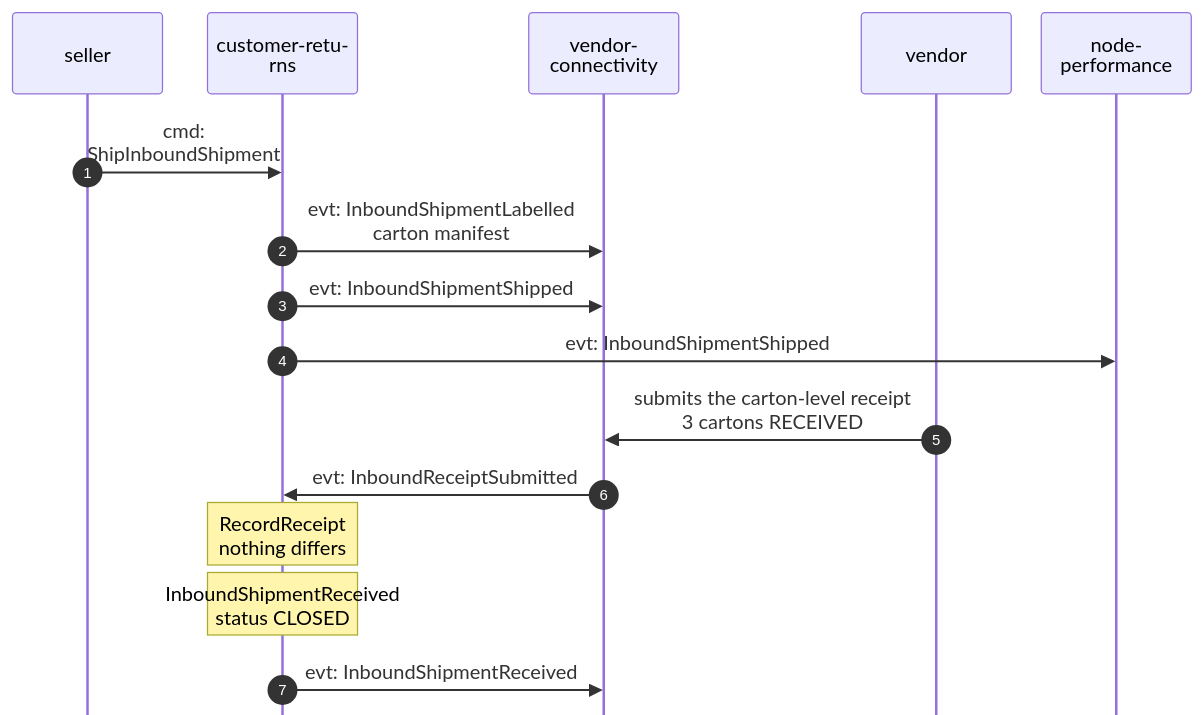
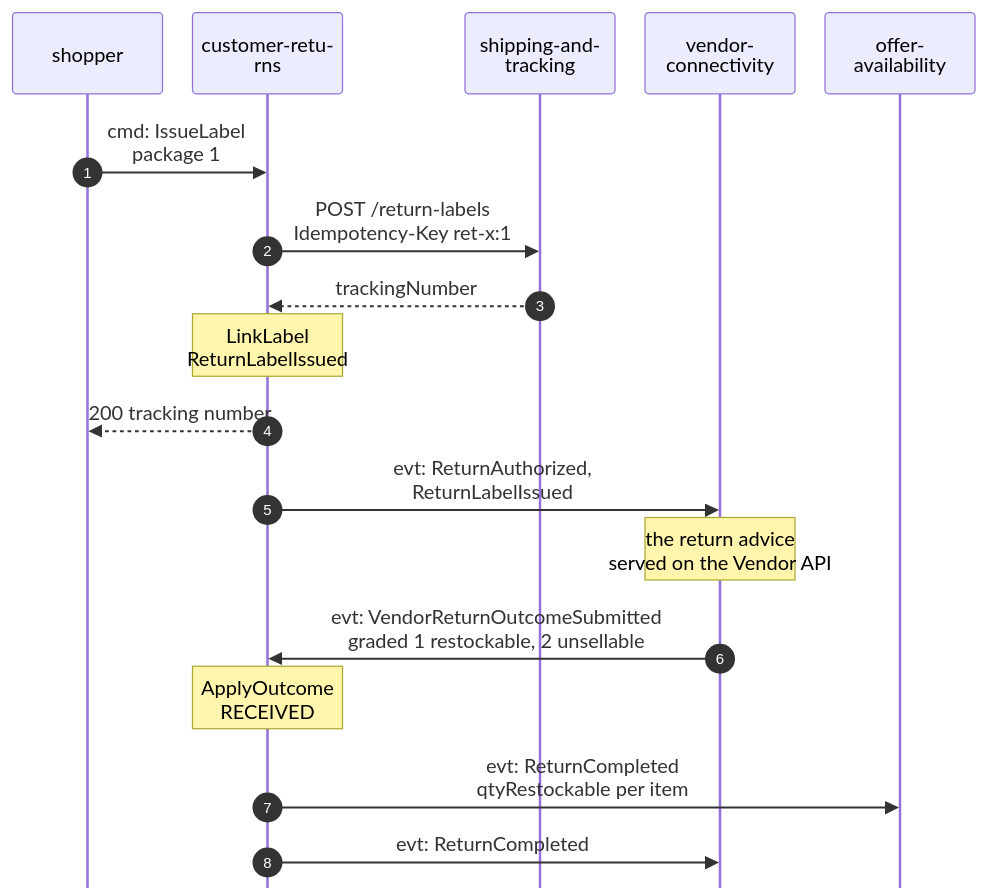
One commit to IQVO/customer-returns changed the second of 4 diagrams in docs/docs/ddd/domain-message-flow.md. Above: the diagram before and after it, drawn with Mermaid. The commit also changed other lines of this file and 13 other files, not shown here.

````diff
--- a/docs/docs/ddd/domain-message-flow.md
+++ b/docs/docs/ddd/domain-message-flow.md
@@ -44,19 +45,21 @@
 ```mermaid
 %%{init: {"sequence": {"wrap": true, "width": 120, "actorMargin": 24, "messageMargin": 28, "boxMargin": 6, "noteMargin": 6, "mirrorActors": false}}}%%
 sequenceDiagram
     autonumber
-    participant S as seller
-    participant SI as customer-returns
+    participant S as shopper
+    participant CR as customer-returns
+    participant ST as shipping-and-<br/>tracking
     participant VC as vendor-<br/>connectivity
-    participant V as vendor
-    participant NP as node-<br/>performance
-    S->>SI: cmd: ShipInboundShipment
-    SI->>VC: evt: InboundShipmentLabelled<br/>carton manifest
-    SI->>VC: evt: InboundShipmentShipped
-    SI->>NP: evt: InboundShipmentShipped
-    V->>VC: submits the carton-level receipt<br/>3 cartons RECEIVED
-    VC->>SI: evt: InboundReceiptSubmitted
-    Note over SI: RecordReceipt<br/>nothing differs
-    Note over SI: InboundShipmentReceived<br/>status CLOSED
-    SI->>VC: evt: InboundShipmentReceived
+    participant OA as offer-<br/>availability
+    S->>CR: cmd: IssueLabel package 1
+    CR->>ST: POST /return-labels<br/>Idempotency-Key ret-x:1
+    ST-->>CR: trackingNumber
+    Note over CR: LinkLabel<br/>ReturnLabelIssued
+    CR-->>S: 200 tracking number
+    CR->>VC: evt: ReturnAuthorized,<br/>ReturnLabelIssued
+    Note over VC: the return advice<br/>served on the Vendor API
+    VC->>CR: evt: VendorReturnOutcomeSubmitted<br/>graded 1 restockable, 2 unsellable
+    Note over CR: ApplyOutcome<br/>RECEIVED
+    CR->>OA: evt: ReturnCompleted<br/>qtyRestockable per item
+    CR->>VC: evt: ReturnCompleted
 ```
````
